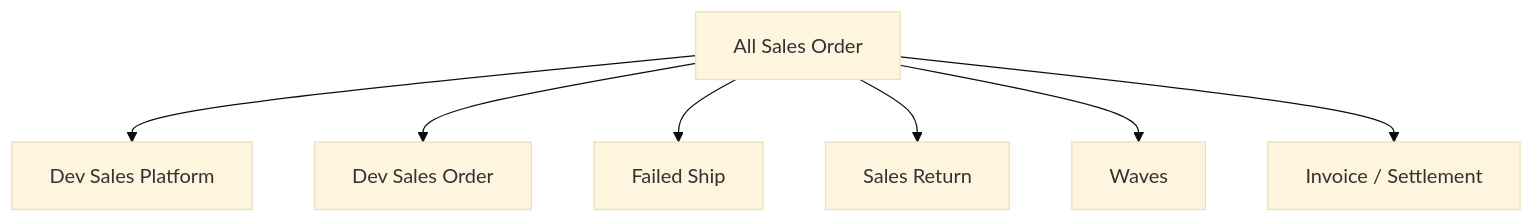
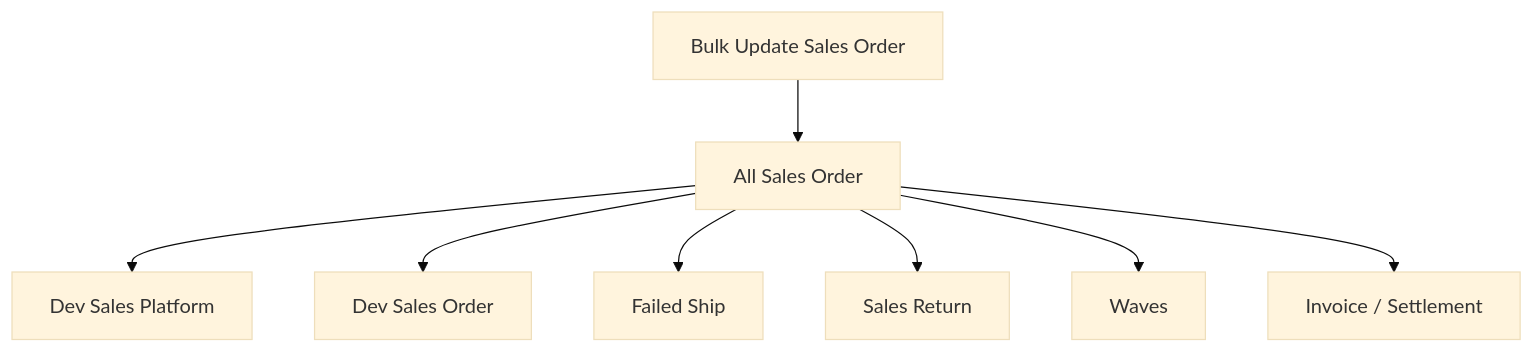
One commit to yendyr/olshoperp-docs changed the third of 3 diagrams in qa-docs/all-sales-order/requirement.md. Above: the diagram before and after it, drawn with Mermaid (base theme). The commit also changed other lines of this file and 19 other files, not shown here.

First line of the commit message:
docs(qa): Bulk Update Sales Order TO-BE + relates ASO/SOG/SP (ETM-17847, ETM-17854, ETM-17855)

````diff
--- a/qa-docs/all-sales-order/requirement.md
+++ b/qa-docs/all-sales-order/requirement.md
@@ -357,10 +373,11 @@
 ```mermaid
 flowchart TB
     ASO[All Sales Order]
     ASO --> SP[Dev Sales Platform]
     ASO --> SOG[Dev Sales Order]
+    BUSO[Bulk Update Sales Order] --> ASO
     ASO --> FS[Failed Ship]
     ASO --> SR[Sales Return]
     ASO --> WV[Waves]
     ASO --> SI[Invoice / Settlement]
 ```
````
